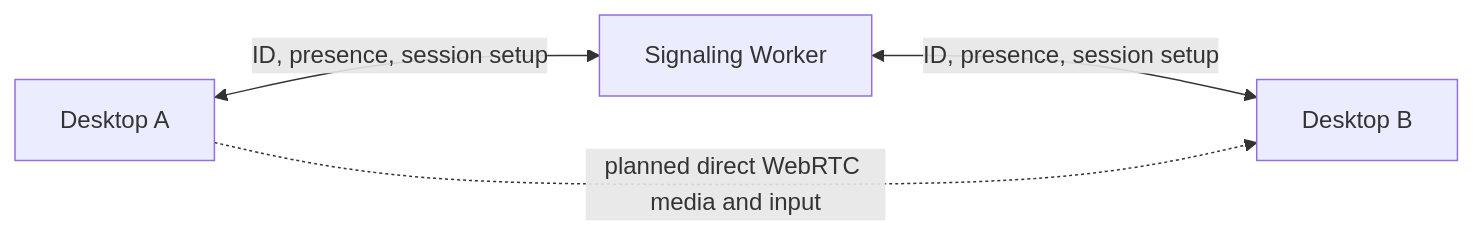
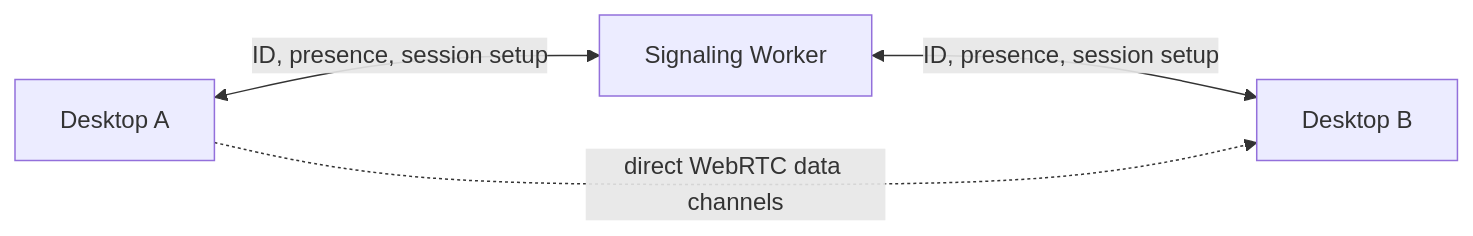
Before and after one commit to PavelCRG/SparkDesk: the diagram in README.md, drawn with Mermaid. The commit also changed other lines of this file and 36 other files, not shown here.

````diff
--- a/README.md
+++ b/README.md
@@ -55,6 +74,6 @@
 ```mermaid
 flowchart LR
   A[Desktop A] <-->|ID, presence, session setup| S[Signaling Worker]
   S <-->|ID, presence, session setup| B[Desktop B]
-  A -. planned direct WebRTC media and input .-> B
+  A -. direct WebRTC data channels .-> B
 ```
````
